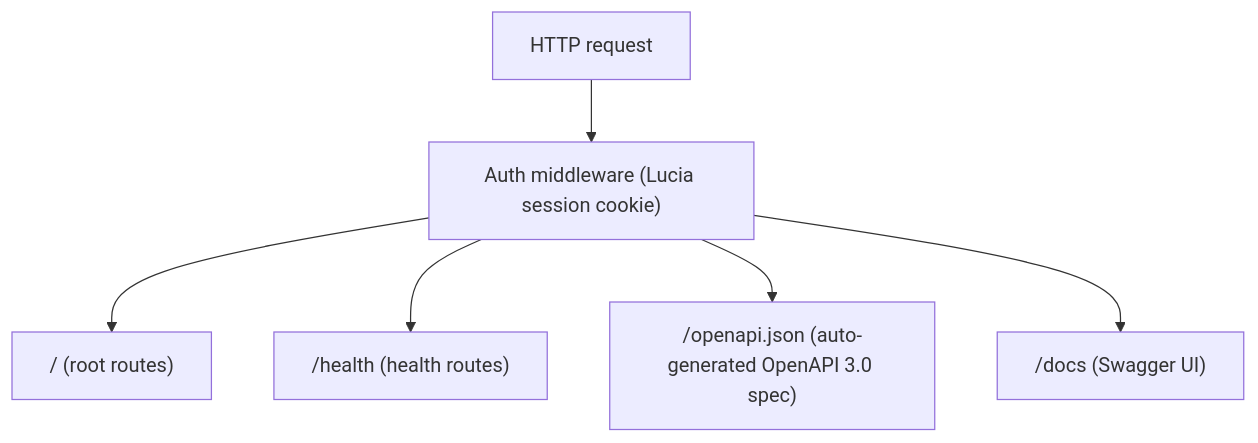
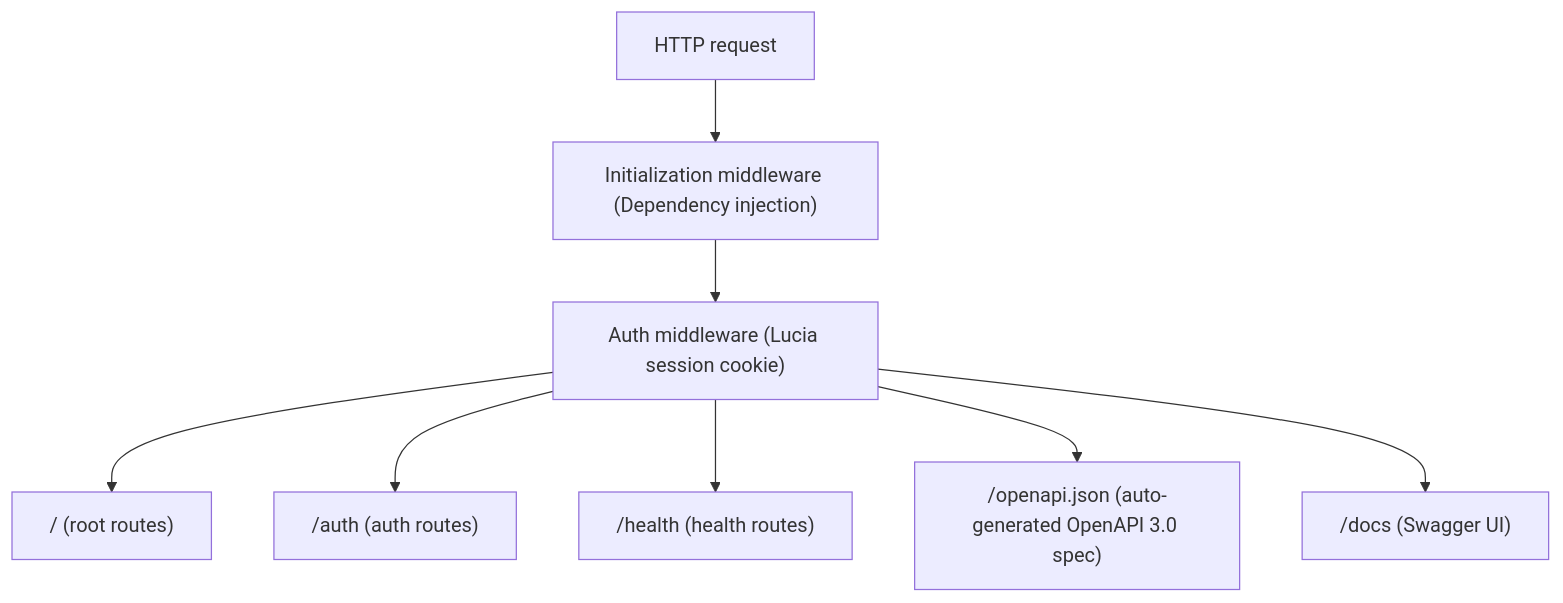
One commit to fderuiter/Hono-Kiln changed the second of 2 diagrams in README.md. Above: the diagram before and after it, drawn with Mermaid. The commit also changed other lines of this file, not shown here.

Commit message:
docs: sync architecture docs with directory structure and describe middleware

````diff
--- a/README.md
+++ b/README.md
@@ -47,8 +51,10 @@
 ```mermaid
 flowchart TD
-    Req["HTTP request"] --> Auth["Auth middleware (Lucia session cookie)"]
+    Req["HTTP request"] --> Init["Initialization middleware (Dependency injection)"]
+    Init --> Auth["Auth middleware (Lucia session cookie)"]
     Auth --> Root["/ (root routes)"]
+    Auth --> AuthRoute["/auth (auth routes)"]
     Auth --> Health["/health (health routes)"]
     Auth --> OpenAPI["/openapi.json (auto-generated OpenAPI 3.0 spec)"]
     Auth --> Docs["/docs (Swagger UI)"]
 ```
````
